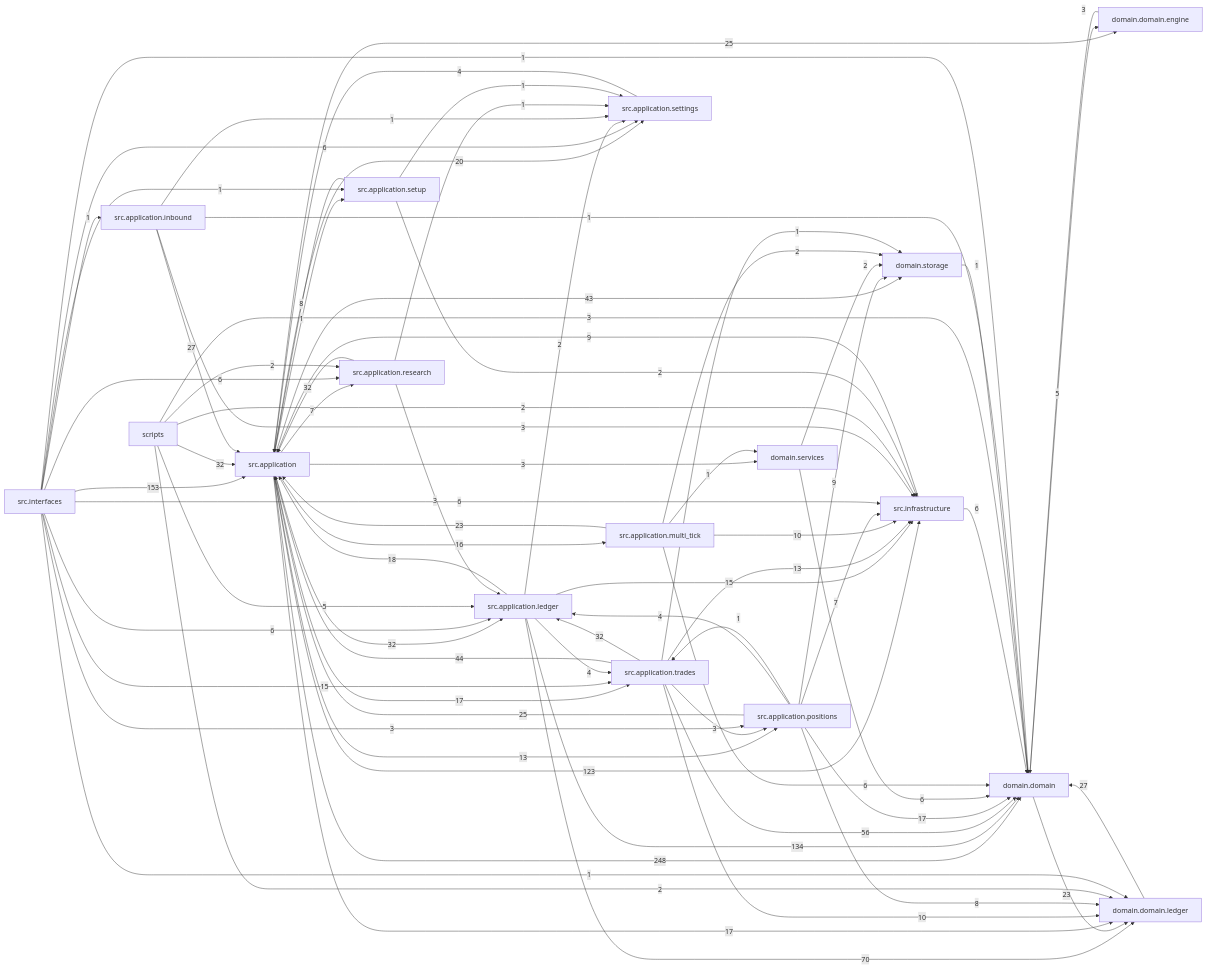
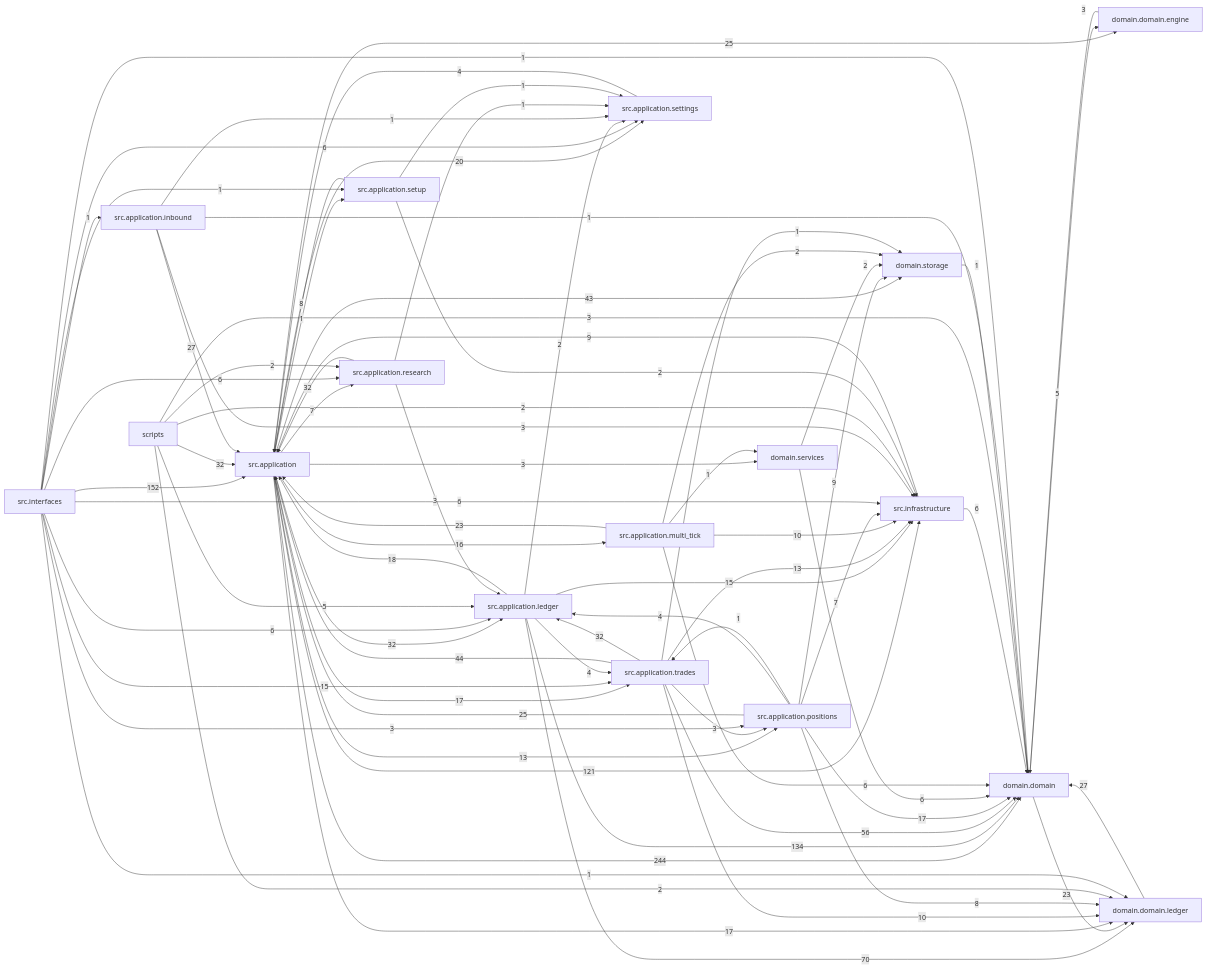
The diagram in docs/dependency_graph.mmd (liuxie066/options-monitor), drawn with Mermaid before and after one commit. The commit also changed 27 other files, not shown here.

```diff
--- a/docs/dependency_graph.mmd
+++ b/docs/dependency_graph.mmd
@@ -1,76 +1,76 @@
 flowchart LR
-  src_application["src.application"] -->|248| domain_domain["domain.domain"]
-  src_interfaces["src.interfaces"] -->|153| src_application["src.application"]
+  src_application["src.application"] -->|244| domain_domain["domain.domain"]
+  src_interfaces["src.interfaces"] -->|152| src_application["src.application"]
   src_application_ledger["src.application.ledger"] -->|134| domain_domain["domain.domain"]
-  src_application["src.application"] -->|123| src_infrastructure["src.infrastructure"]
+  src_application["src.application"] -->|121| src_infrastructure["src.infrastructure"]
   src_application_ledger["src.application.ledger"] -->|70| domain_domain_ledger["domain.domain.ledger"]
   src_application_trades["src.application.trades"] -->|56| domain_domain["domain.domain"]
   src_application_trades["src.application.trades"] -->|44| src_application["src.application"]
   src_application["src.application"] -->|43| domain_storage["domain.storage"]
   scripts["scripts"] -->|32| src_application["src.application"]
   src_application["src.application"] -->|32| src_application_ledger["src.application.ledger"]
   src_application_research["src.application.research"] -->|32| src_application["src.application"]
   src_application_trades["src.application.trades"] -->|32| src_application_ledger["src.application.ledger"]
   domain_domain_ledger["domain.domain.ledger"] -->|27| domain_domain["domain.domain"]
   src_application_inbound["src.application.inbound"] -->|27| src_application["src.application"]
   src_application["src.application"] -->|25| domain_domain_engine["domain.domain.engine"]
   src_application_positions["src.application.positions"] -->|25| src_application["src.application"]
   domain_domain["domain.domain"] -->|23| domain_domain_ledger["domain.domain.ledger"]
   src_application_multi_tick["src.application.multi_tick"] -->|23| src_application["src.application"]
   src_application["src.application"] -->|20| src_application_settings["src.application.settings"]
   src_application_ledger["src.application.ledger"] -->|18| src_application["src.application"]
   src_application["src.application"] -->|17| domain_domain_ledger["domain.domain.ledger"]
   src_application["src.application"] -->|17| src_application_trades["src.application.trades"]
   src_application_positions["src.application.positions"] -->|17| domain_domain["domain.domain"]
   src_application["src.application"] -->|16| src_application_multi_tick["src.application.multi_tick"]
   src_application_ledger["src.application.ledger"] -->|15| src_infrastructure["src.infrastructure"]
   src_interfaces["src.interfaces"] -->|15| src_application_trades["src.application.trades"]
   src_application["src.application"] -->|13| src_application_positions["src.application.positions"]
   src_application_trades["src.application.trades"] -->|13| src_infrastructure["src.infrastructure"]
   src_application_multi_tick["src.application.multi_tick"] -->|10| src_infrastructure["src.infrastructure"]
   src_application_trades["src.application.trades"] -->|10| domain_domain_ledger["domain.domain.ledger"]
   src_application_positions["src.application.positions"] -->|9| domain_storage["domain.storage"]
   src_infrastructure["src.infrastructure"] -->|9| src_application["src.application"]
   src_application_positions["src.application.positions"] -->|8| domain_domain_ledger["domain.domain.ledger"]
   src_application_setup["src.application.setup"] -->|8| src_application["src.application"]
   src_application["src.application"] -->|7| src_application_research["src.application.research"]
   src_application_positions["src.application.positions"] -->|7| src_infrastructure["src.infrastructure"]
   domain_services["domain.services"] -->|6| domain_domain["domain.domain"]
   src_application_multi_tick["src.application.multi_tick"] -->|6| domain_domain["domain.domain"]
   src_infrastructure["src.infrastructure"] -->|6| domain_domain["domain.domain"]
   src_interfaces["src.interfaces"] -->|6| src_application_ledger["src.application.ledger"]
   src_interfaces["src.interfaces"] -->|6| src_application_research["src.application.research"]
   src_interfaces["src.interfaces"] -->|6| src_application_settings["src.application.settings"]
   src_interfaces["src.interfaces"] -->|6| src_infrastructure["src.infrastructure"]
   domain_domain["domain.domain"] -->|5| domain_domain_engine["domain.domain.engine"]
   scripts["scripts"] -->|5| src_application_ledger["src.application.ledger"]
   src_application_ledger["src.application.ledger"] -->|4| src_application_trades["src.application.trades"]
   src_application_positions["src.application.positions"] -->|4| src_application_ledger["src.application.ledger"]
   src_application_settings["src.application.settings"] -->|4| src_application["src.application"]
   domain_domain_engine["domain.domain.engine"] -->|3| domain_domain["domain.domain"]
   scripts["scripts"] -->|3| domain_domain["domain.domain"]
   src_application["src.application"] -->|3| domain_services["domain.services"]
   src_application_inbound["src.application.inbound"] -->|3| src_infrastructure["src.infrastructure"]
   src_application_research["src.application.research"] -->|3| src_application_ledger["src.application.ledger"]
   src_application_trades["src.application.trades"] -->|3| src_application_positions["src.application.positions"]
   src_interfaces["src.interfaces"] -->|3| src_application_positions["src.application.positions"]
   domain_services["domain.services"] -->|2| domain_storage["domain.storage"]
   scripts["scripts"] -->|2| domain_domain_ledger["domain.domain.ledger"]
   scripts["scripts"] -->|2| src_application_research["src.application.research"]
   scripts["scripts"] -->|2| src_infrastructure["src.infrastructure"]
   src_application_ledger["src.application.ledger"] -->|2| src_application_settings["src.application.settings"]
   src_application_multi_tick["src.application.multi_tick"] -->|2| domain_storage["domain.storage"]
   src_application_setup["src.application.setup"] -->|2| src_infrastructure["src.infrastructure"]
   domain_storage["domain.storage"] -->|1| domain_domain["domain.domain"]
   src_application["src.application"] -->|1| src_application_setup["src.application.setup"]
   src_application_inbound["src.application.inbound"] -->|1| domain_domain["domain.domain"]
   src_application_inbound["src.application.inbound"] -->|1| src_application_settings["src.application.settings"]
   src_application_multi_tick["src.application.multi_tick"] -->|1| domain_services["domain.services"]
   src_application_positions["src.application.positions"] -->|1| src_application_trades["src.application.trades"]
   src_application_research["src.application.research"] -->|1| src_application_settings["src.application.settings"]
   src_application_setup["src.application.setup"] -->|1| src_application_settings["src.application.settings"]
   src_application_trades["src.application.trades"] -->|1| domain_storage["domain.storage"]
   src_interfaces["src.interfaces"] -->|1| domain_domain["domain.domain"]
   src_interfaces["src.interfaces"] -->|1| domain_domain_ledger["domain.domain.ledger"]
   src_interfaces["src.interfaces"] -->|1| src_application_inbound["src.application.inbound"]
   src_interfaces["src.interfaces"] -->|1| src_application_setup["src.application.setup"]
```
